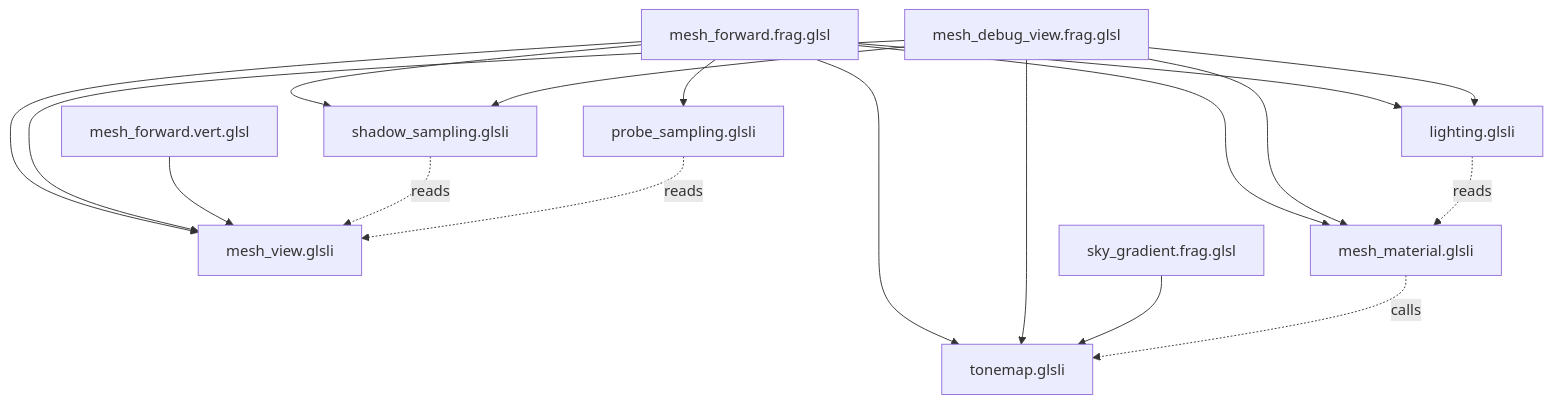
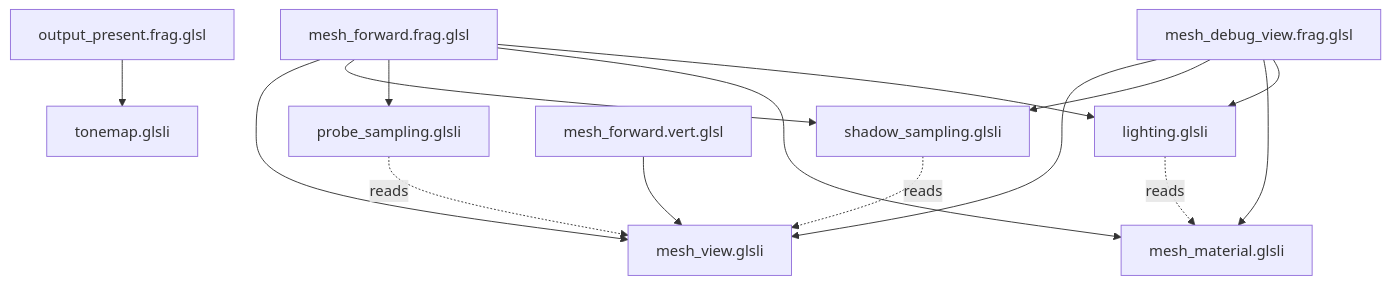
One commit to GavynBryan/Sencha changed the diagram in docs/renderer/shaders.md. Above: the diagram before and after it, drawn with Mermaid. The commit also changed other lines of this file and 65 other files, not shown here.

````diff
--- a/docs/renderer/shaders.md
+++ b/docs/renderer/shaders.md
@@ -31,20 +31,17 @@
 ```mermaid
 graph TD
   frag[mesh_forward.frag.glsl] --> frame[mesh_view.glsli]
   frag --> shadow[shadow_sampling.glsli]
   frag --> probe[probe_sampling.glsli]
-  frag --> tone[tonemap.glsli]
   frag --> mat[mesh_material.glsli]
   frag --> light[lighting.glsli]
   dbg[mesh_debug_view.frag.glsl] --> frame
   dbg --> shadow
-  dbg --> tone
   dbg --> mat
   dbg --> light
   vert[mesh_forward.vert.glsl] --> frame
-  sky[sky_gradient.frag.glsl] --> tone
+  out[output_present.frag.glsl] --> tone[tonemap.glsli]
   shadow -.reads.-> frame
   probe -.reads.-> frame
   light -.reads.-> mat
-  mat -.calls.-> tone
 ```
````
